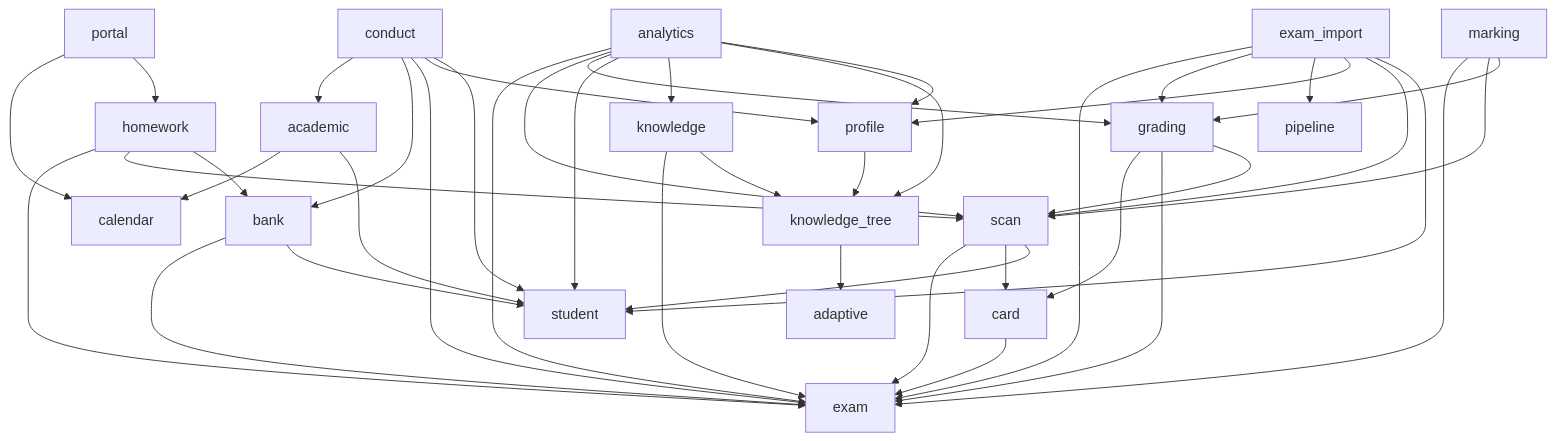
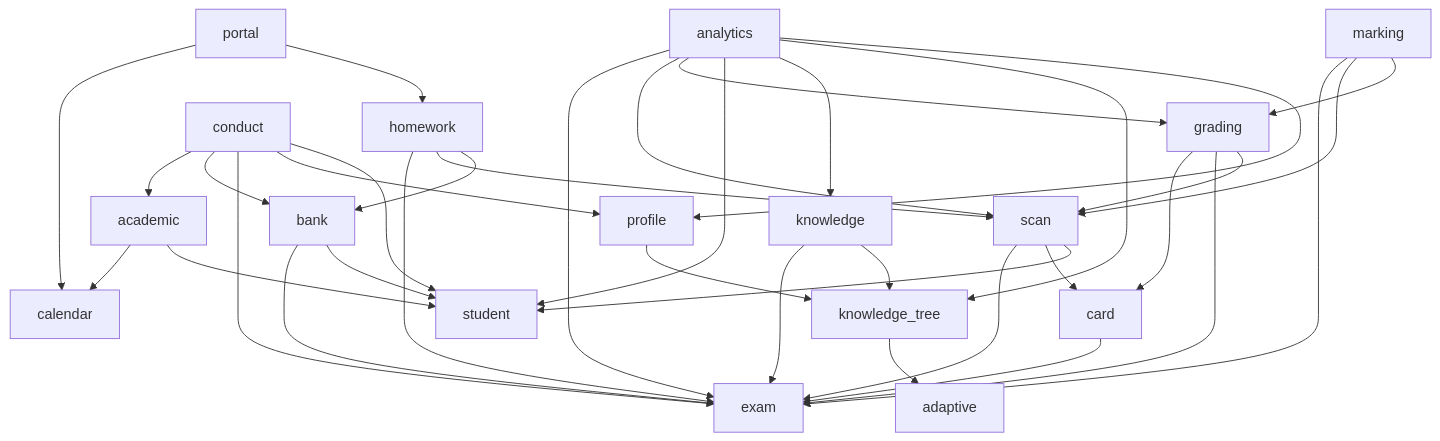
Before and after one commit to juanwan99/edu-cloud: the diagram in docs/governance/dependency-graph.md, drawn with Mermaid. The commit also changed 7 other files, not shown here.

Commit message:
refactor(governance): extract exam import materialization service

````diff
--- a/docs/governance/dependency-graph.md
+++ b/docs/governance/dependency-graph.md
@@ -5,44 +5,38 @@
 ```mermaid
 flowchart TD
   academic --> calendar
   academic --> student
   analytics --> exam
   analytics --> scan
   analytics --> grading
   analytics --> student
   analytics --> knowledge
   analytics --> knowledge_tree
   analytics --> profile
   bank --> exam
   bank --> student
   card --> exam
   conduct --> academic
   conduct --> bank
   conduct --> exam
   conduct --> profile
   conduct --> student
-  exam_import --> exam
-  exam_import --> grading
-  exam_import --> pipeline
-  exam_import --> profile
-  exam_import --> scan
-  exam_import --> student
   grading --> card
   grading --> exam
   grading --> scan
   homework --> exam
   homework --> scan
   homework --> bank
   knowledge --> exam
   knowledge --> knowledge_tree
   knowledge_tree --> adaptive
   marking --> exam
   marking --> scan
   marking --> grading
   portal --> calendar
   portal --> homework
   profile --> knowledge_tree
   scan --> exam
   scan --> card
   scan --> student
 ```
````
